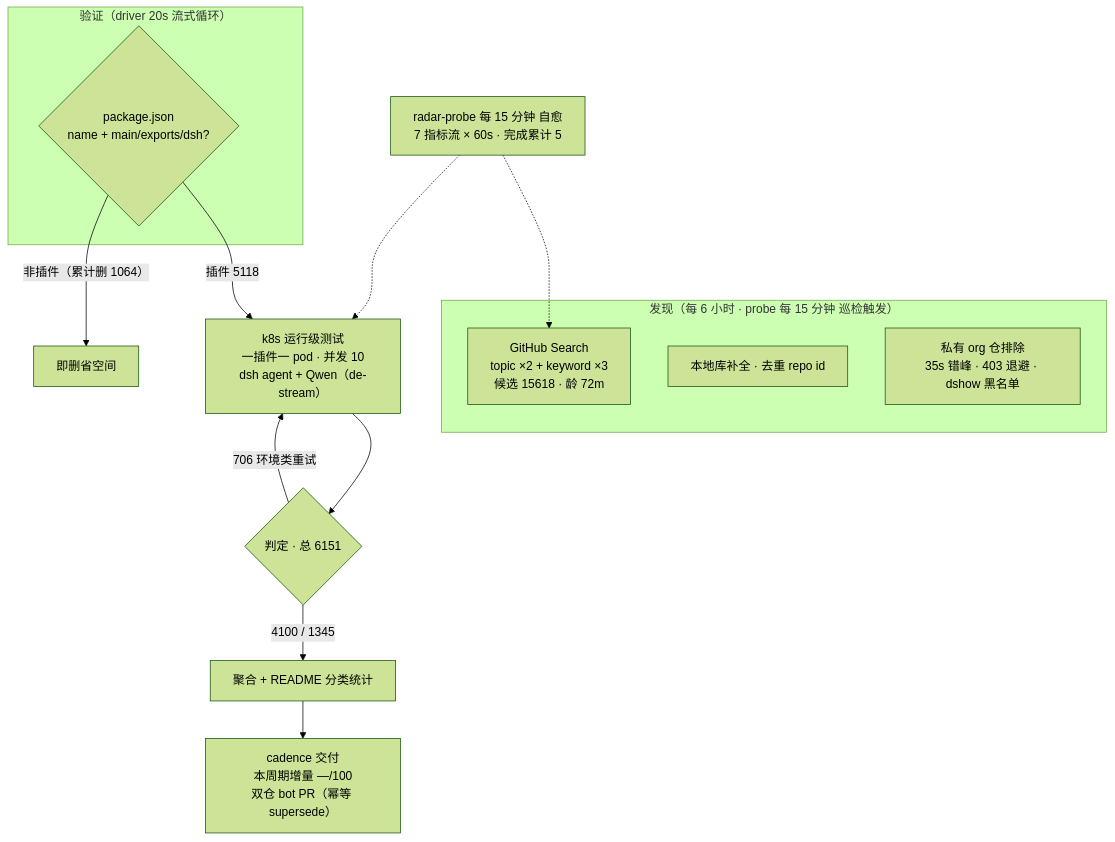
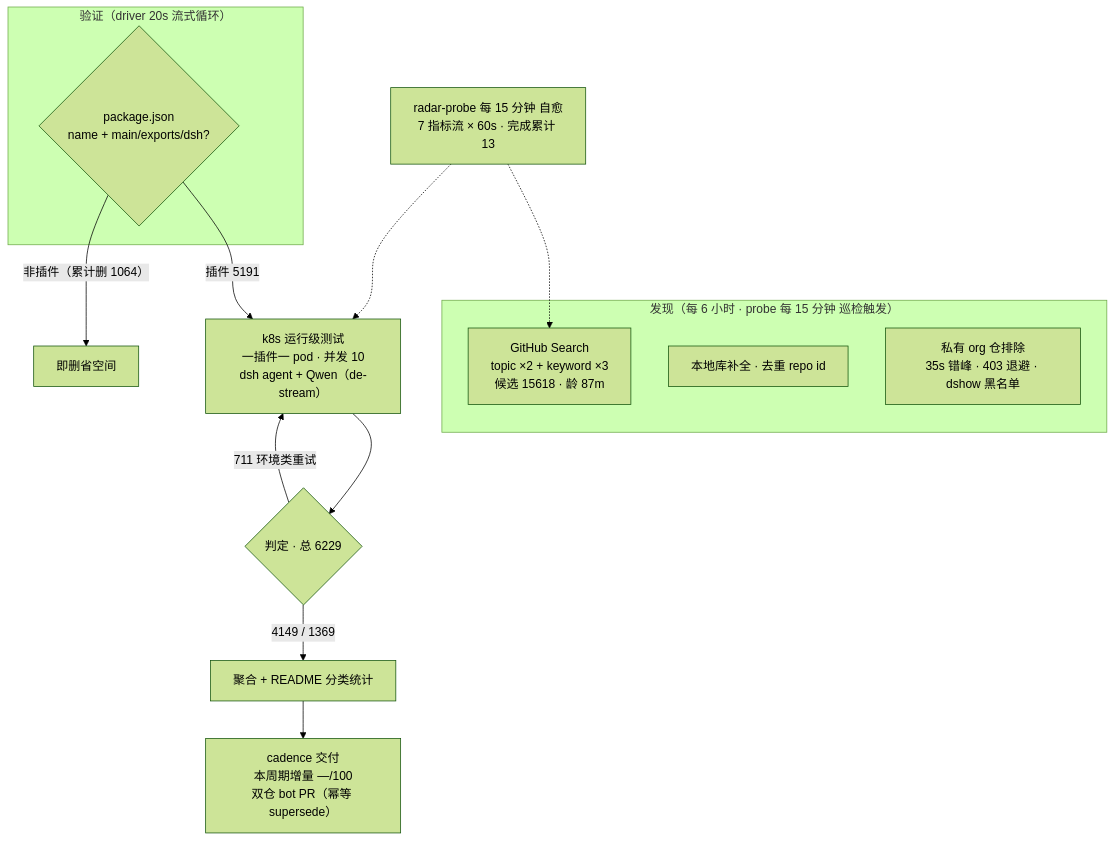
Before and after one commit to Zhidao-Lab-OSS/awesome-dsh-plugins: the diagram in README.md, drawn with Mermaid (forest theme). The commit also changed other lines of this file and 1 other file, not shown here.

````diff
--- a/README.md
+++ b/README.md
@@ -37,20 +37,20 @@
 ```mermaid
 flowchart TB
     subgraph Discovery["发现（每 6 小时 · probe 每 15 分钟 巡检触发）"]
-        A1["GitHub Search<br/>topic ×2 + keyword ×3<br/>候选 15618 · 龄 72m"]
+        A1["GitHub Search<br/>topic ×2 + keyword ×3<br/>候选 15618 · 龄 87m"]
         A2["本地库补全 · 去重 repo id"]
         A3["私有 org 仓排除<br/>35s 错峰 · 403 退避 · dshow 黑名单"]
     end
     subgraph Validation["验证（driver 20s 流式循环）"]
         B1{"package.json<br/>name + main/exports/dsh?"}
     end
-    B1 -->|"插件 5118"| C1["k8s 运行级测试<br/>一插件一 pod · 并发 10<br/>dsh agent + Qwen（de-stream）"]
+    B1 -->|"插件 5191"| C1["k8s 运行级测试<br/>一插件一 pod · 并发 10<br/>dsh agent + Qwen（de-stream）"]
     B1 -->|"非插件（累计删 1064）"| B3["即删省空间"]
-    C1 --> D1{"判定 · 总 6151"}
-    D1 -->|"4100 / 1345"| E1["聚合 + README 分类统计"]
-    D1 -->|"706 环境类重试"| C1
+    C1 --> D1{"判定 · 总 6229"}
+    D1 -->|"4149 / 1369"| E1["聚合 + README 分类统计"]
+    D1 -->|"711 环境类重试"| C1
     E1 --> E2["cadence 交付<br/>本周期增量 —/100<br/>双仓 bot PR（幂等 supersede）"]
-    M["radar-probe 每 15 分钟 自愈<br/>7 指标流 × 60s · 完成累计 5"]
+    M["radar-probe 每 15 分钟 自愈<br/>7 指标流 × 60s · 完成累计 13"]
     M -.-> A1
     M -.-> C1
 ```
````
